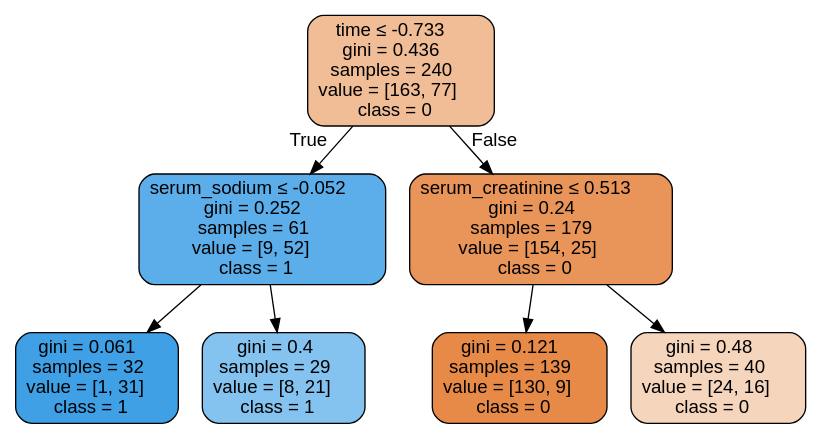
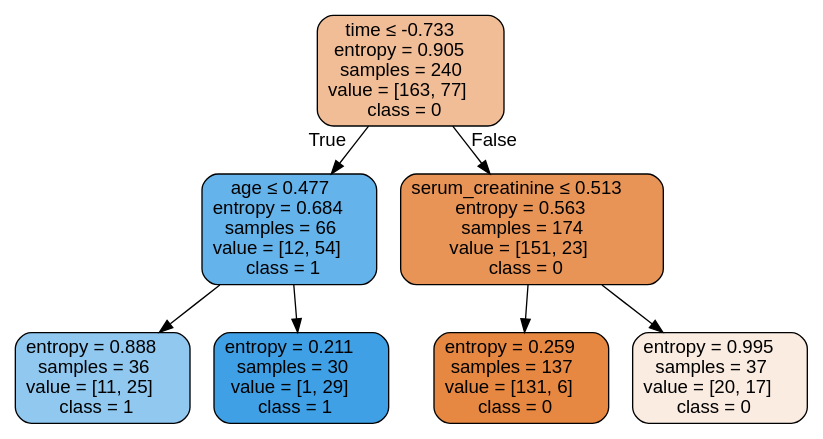
Before and after one commit to isabelSoares/CD-2021: the diagram in Labs/Results/DecisionTrees/FeatureEng/Original/HFCR - Original - dtree.dot, drawn with Graphviz. The commit also changed 43 other files, not shown here.

```diff
--- a/Labs/Results/DecisionTrees/FeatureEng/Original/HFCR - Original - dtree.dot
+++ b/Labs/Results/DecisionTrees/FeatureEng/Original/HFCR - Original - dtree.dot
@@ -1,17 +1,17 @@
 digraph Tree {
 node [shape=box, style="filled, rounded", color="black", fontname=helvetica] ;
 edge [fontname=helvetica] ;
-0 [label=<time &le; -0.733<br/>gini = 0.436<br/>samples = 240<br/>value = [163, 77]<br/>class = 0>, fillcolor="#f1bd97"] ;
-1 [label=<serum_sodium &le; -0.052<br/>gini = 0.252<br/>samples = 61<br/>value = [9, 52]<br/>class = 1>, fillcolor="#5baeea"] ;
+0 [label=<time &le; -0.733<br/>entropy = 0.905<br/>samples = 240<br/>value = [163, 77]<br/>class = 0>, fillcolor="#f1bd97"] ;
+1 [label=<age &le; 0.477<br/>entropy = 0.684<br/>samples = 66<br/>value = [12, 54]<br/>class = 1>, fillcolor="#65b3eb"] ;
 0 -> 1 [labeldistance=2.5, labelangle=45, headlabel="True"] ;
-2 [label=<gini = 0.061<br/>samples = 32<br/>value = [1, 31]<br/>class = 1>, fillcolor="#3fa0e6"] ;
+2 [label=<entropy = 0.888<br/>samples = 36<br/>value = [11, 25]<br/>class = 1>, fillcolor="#90c8f0"] ;
 1 -> 2 ;
-3 [label=<gini = 0.4<br/>samples = 29<br/>value = [8, 21]<br/>class = 1>, fillcolor="#84c2ef"] ;
+3 [label=<entropy = 0.211<br/>samples = 30<br/>value = [1, 29]<br/>class = 1>, fillcolor="#40a0e6"] ;
 1 -> 3 ;
-4 [label=<serum_creatinine &le; 0.513<br/>gini = 0.24<br/>samples = 179<br/>value = [154, 25]<br/>class = 0>, fillcolor="#e99559"] ;
+4 [label=<serum_creatinine &le; 0.513<br/>entropy = 0.563<br/>samples = 174<br/>value = [151, 23]<br/>class = 0>, fillcolor="#e99457"] ;
 0 -> 4 [labeldistance=2.5, labelangle=-45, headlabel="False"] ;
-5 [label=<gini = 0.121<br/>samples = 139<br/>value = [130, 9]<br/>class = 0>, fillcolor="#e78a47"] ;
+5 [label=<entropy = 0.259<br/>samples = 137<br/>value = [131, 6]<br/>class = 0>, fillcolor="#e68742"] ;
 4 -> 5 ;
-6 [label=<gini = 0.48<br/>samples = 40<br/>value = [24, 16]<br/>class = 0>, fillcolor="#f6d5bd"] ;
+6 [label=<entropy = 0.995<br/>samples = 37<br/>value = [20, 17]<br/>class = 0>, fillcolor="#fbece1"] ;
 4 -> 6 ;
 }
```
